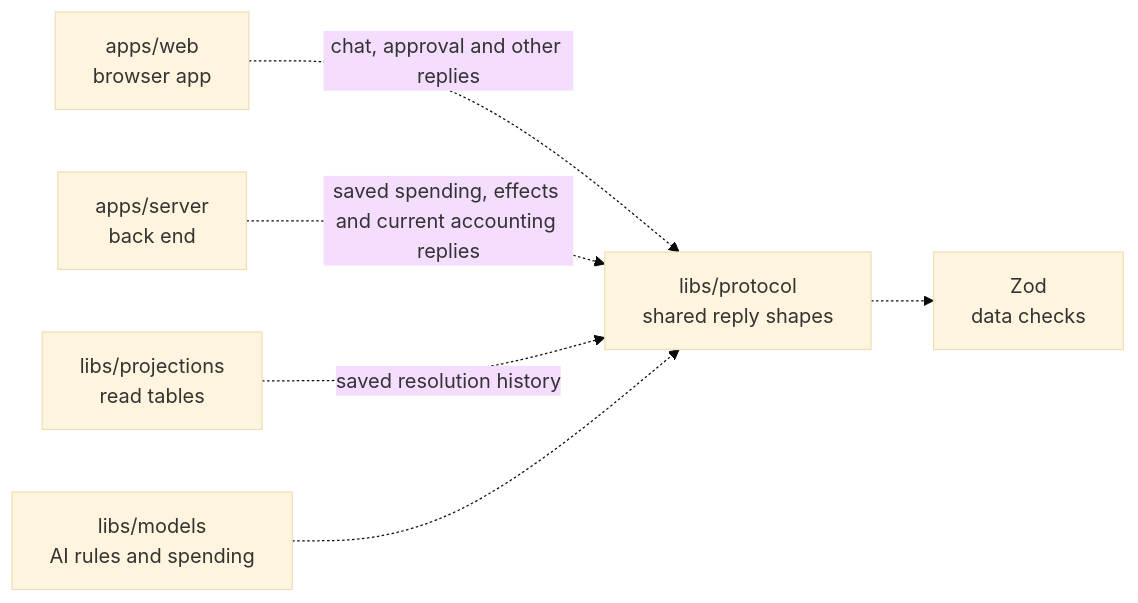
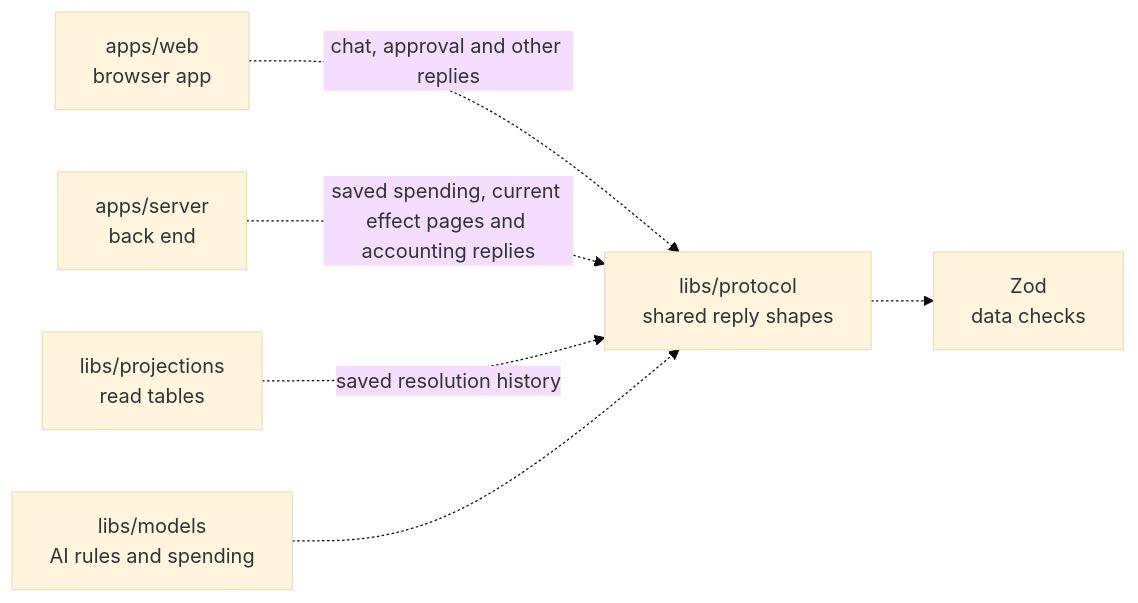
Before and after one commit to elewa-git/opencrane-new: the diagram in libs/protocol/README.md, drawn with Mermaid (base theme). The commit also changed other lines of this file and 13 other files, not shown here.

Commit message:
💶 Expose bounded current effect pages to finance readers

````diff
--- a/libs/protocol/README.md
+++ b/libs/protocol/README.md
@@ -31,8 +34,8 @@
 ```mermaid
 flowchart LR
   web["apps/web<br/>browser app"] -.->|chat, approval and other replies| protocol["libs/protocol<br/>shared reply shapes"]
-  server["apps/server<br/>back end"] -.->|saved spending, effects and current accounting replies| protocol
+  server["apps/server<br/>back end"] -.->|saved spending, current effect pages and accounting replies| protocol
   projections["libs/projections<br/>read tables"] -.->|saved resolution history| protocol
   models["libs/models<br/>AI rules and spending"] -.-> protocol
   protocol -.-> zod["Zod<br/>data checks"]
 ```
````
